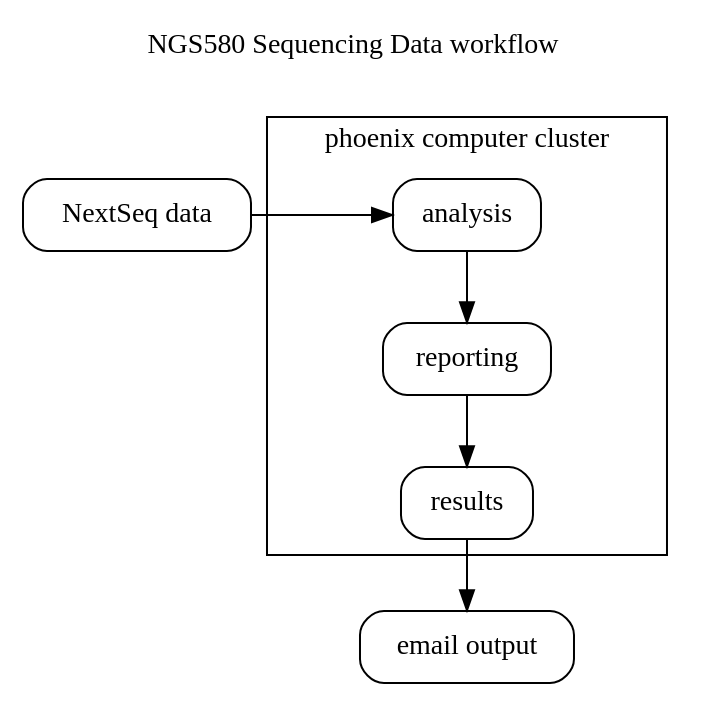
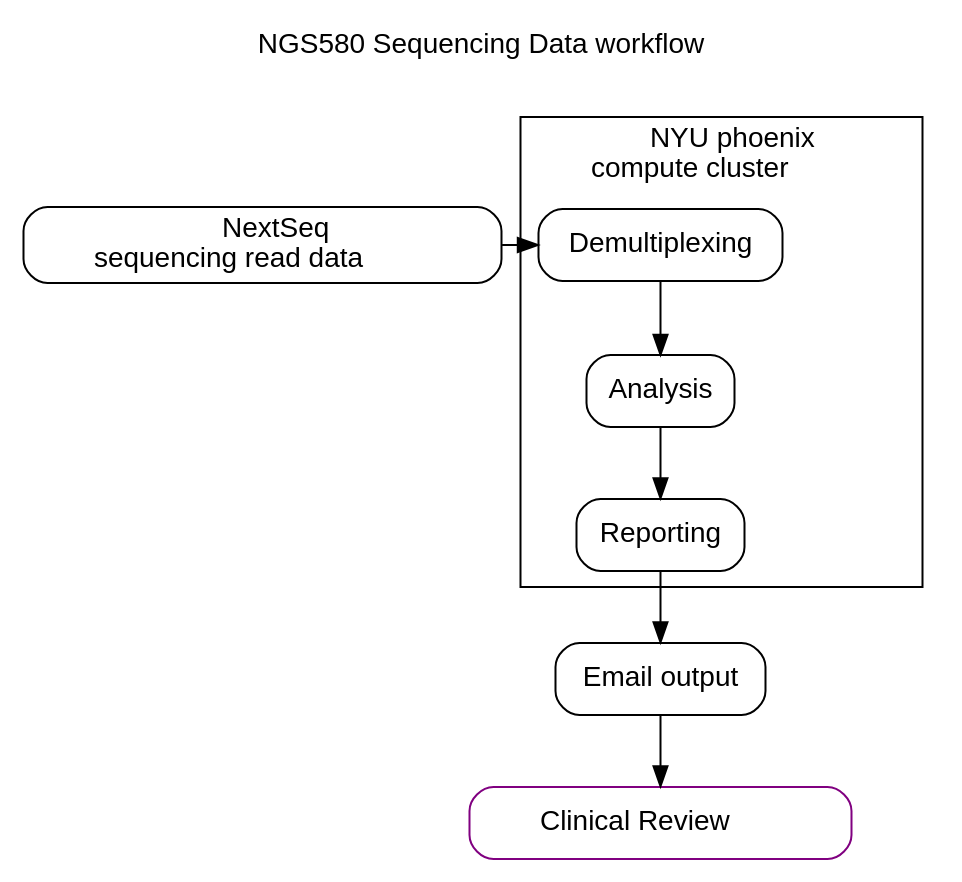
One commit to NYU-Molecular-Pathology/writeup changed the diagram in data_workflow.dot. Above: the diagram before and after it, drawn with Graphviz. The commit also changed 4 other files, not shown here.

Commit message:
update data workflow

```diff
--- a/data_workflow.dot
+++ b/data_workflow.dot
@@ -1,17 +1,41 @@
-digraph G {
+digraph data_workflow {
     node [style=rounded, shape=box]
     label="NGS580 Sequencing Data workflow\n\n"
     labelloc="t";
     splines="ortho"
+
+    graph [fontname = "helvetica"];
+    node [fontname = "helvetica"];
+    edge [fontname = "helvetica"];
+
     // steps in data processing
-    NextSeq [label="NextSeq data"]
-    email [label="email output"]
+    NextSeq [
+        label=<
+        NextSeq<BR />
+        sequencing read data
+        >
+        ]
+    Demultiplexing
+    Analysis
+    Reporting
+    Email [label="Email output"]
+    Review [
+        label=<
+        Clinical Review
+        >,
+        style=rounded, shape=box, color=Purple
+        ]
+
 
     subgraph cluster1 {
-        label="phoenix computer cluster";
-        analysis -> reporting -> results;
+        label=<
+        NYU phoenix<BR />
+        compute cluster
+        >
+
+        Demultiplexing -> Analysis -> Reporting
     }
 
-    NextSeq -> analysis [constraint=false]
-    results -> email;
+    NextSeq -> Demultiplexing [constraint=false]
+    Reporting -> Email -> Review
 }
```
